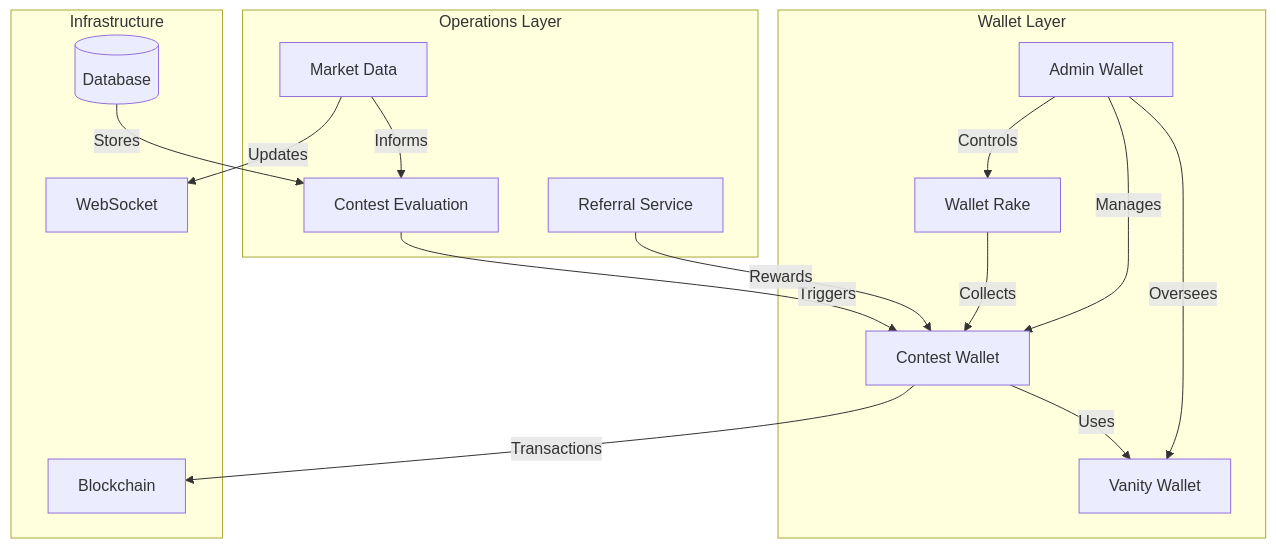
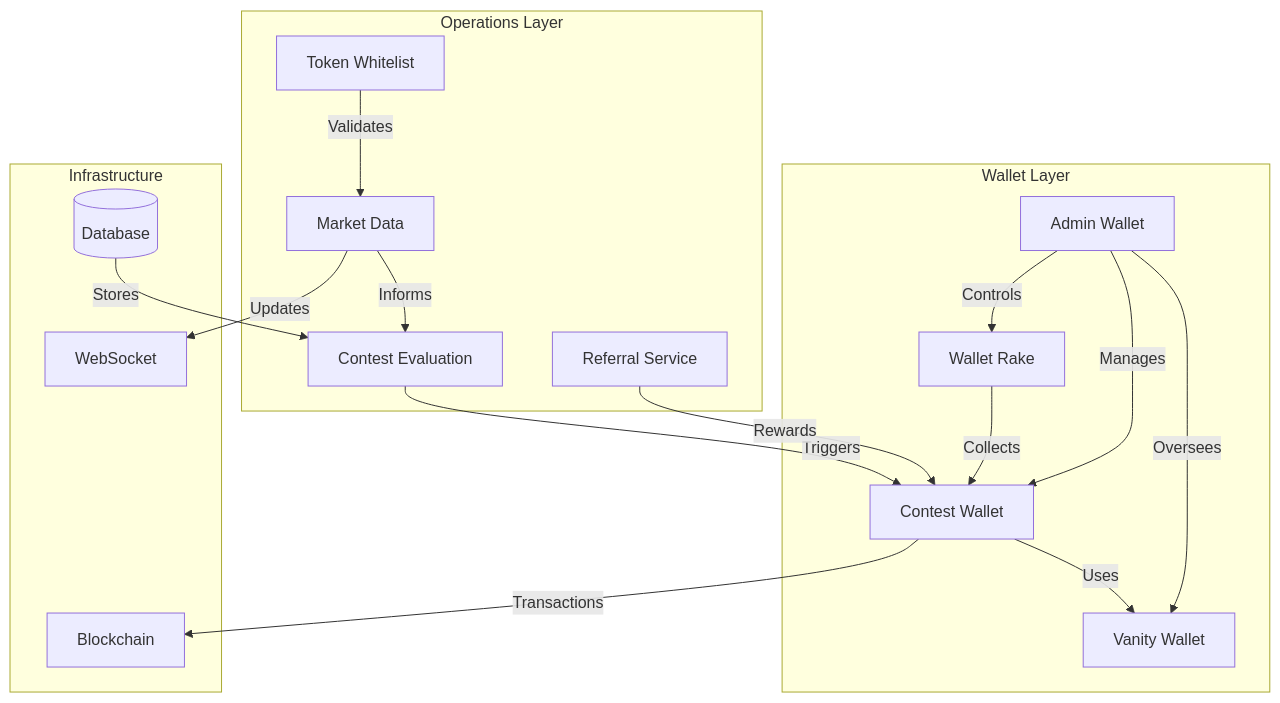
The first of 14 diagrams in docs_important/Core Services/_MASTER - DEGENDUEL SERVICE ARCHITECTURE.md (BranchManager69/degenduel), drawn with Mermaid before and after one commit. The commit also changed other lines of this file and 11 other files, not shown here.

First line of the commit message:
Add Token Whitelist Service for token validation and management

````diff
--- a/docs_important/Core Services/_MASTER - DEGENDUEL SERVICE ARCHITECTURE.md
+++ b/docs_important/Core Services/_MASTER - DEGENDUEL SERVICE ARCHITECTURE.md
@@ -32,35 +32,37 @@
 ```mermaid
 graph TD
     subgraph "Operations Layer"
         CE[Contest Evaluation]
         MD[Market Data]
         RF[Referral Service]
+        WL[Token Whitelist]
     end
     
     subgraph "Wallet Layer"
         CW[Contest Wallet]
         VW[Vanity Wallet]
         WR[Wallet Rake]
         AW[Admin Wallet]
     end
     
     subgraph "Infrastructure"
         DB[(Database)]
         WS[WebSocket]
         BC[Blockchain]
     end
     
     CE -->|Triggers| CW
     MD -->|Informs| CE
     RF -->|Rewards| CW
+    WL -->|Validates| MD
     
     CW -->|Uses| VW
     WR -->|Collects| CW
     AW -->|Manages| CW
     AW -->|Oversees| VW
     AW -->|Controls| WR
     
     MD -->|Updates| WS
     CW -->|Transactions| BC
     DB -->|Stores| CE
 ```
````
